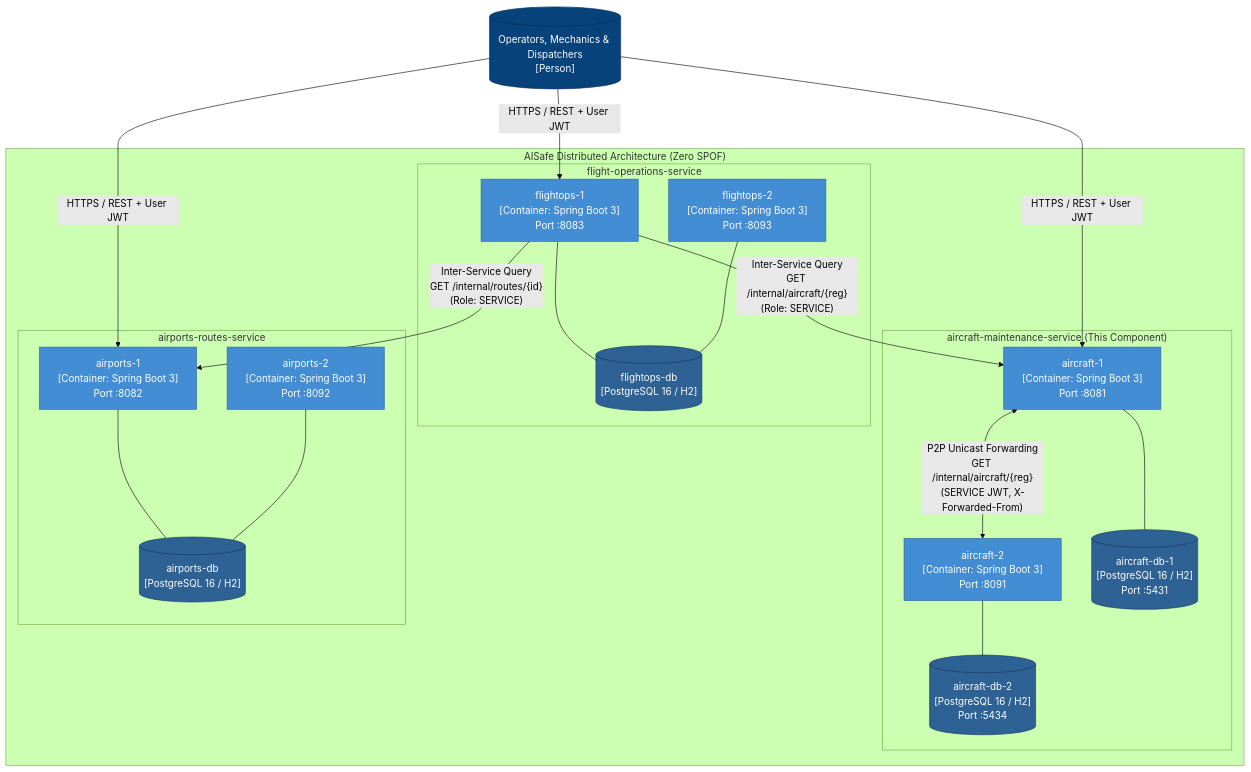
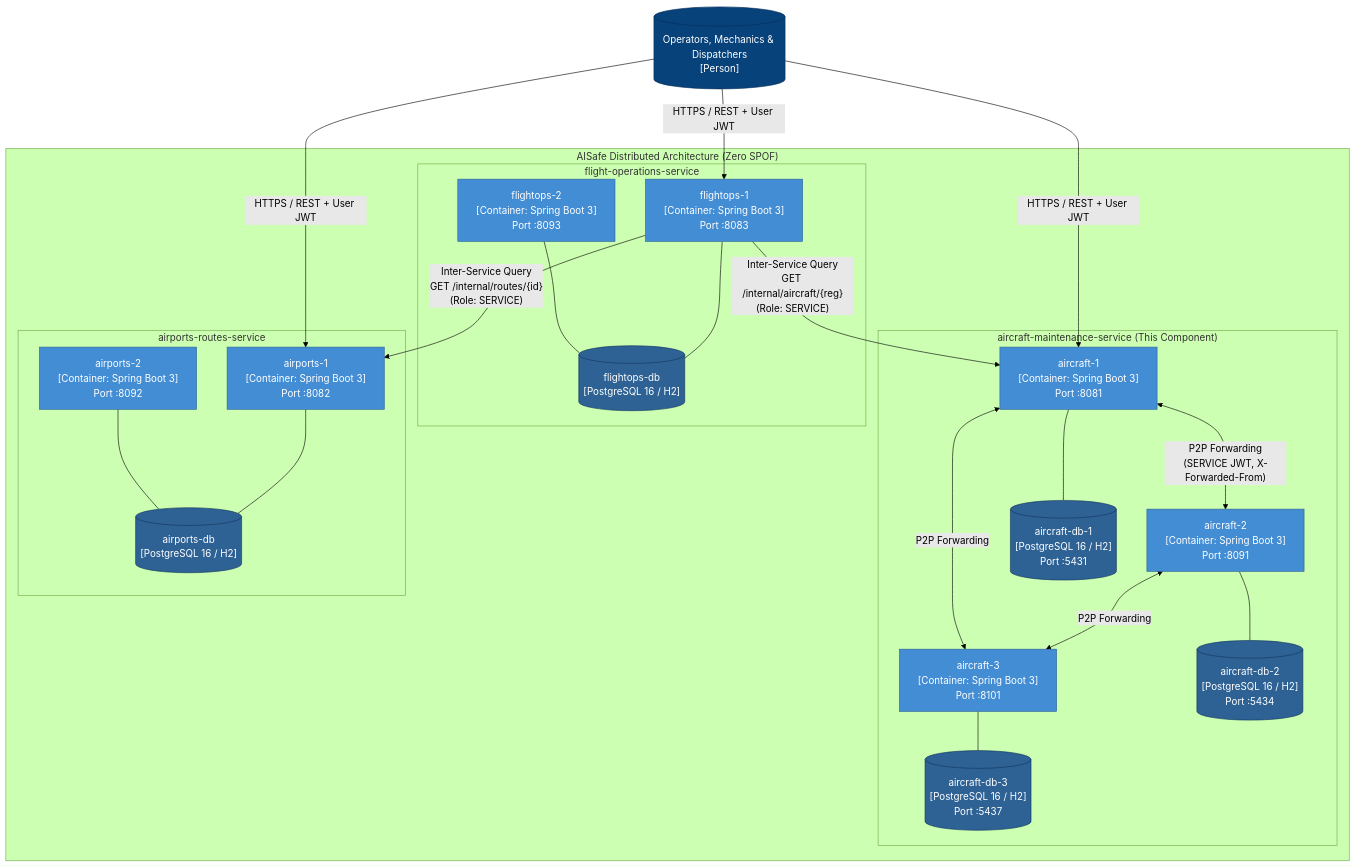
Before and after one commit to ImJay1527/aircraft-maintenance-service: the third of 7 diagrams in docs/C4-Model.md, drawn with Mermaid (forest theme). The commit also changed other lines of this file and 1 other file, not shown here.

Commit message:
docs: align C4 and Deployment diagrams with 3-node cluster and databases

````diff
--- a/docs/C4-Model.md
+++ b/docs/C4-Model.md
@@ -90,44 +93,49 @@
 ```mermaid
 %% C4 Level 2 - Container Diagram
 flowchart TB
     classDef person fill:#08427b,stroke:#052e56,color:#fff;
     classDef container fill:#438dd5,stroke:#2e6295,color:#fff;
     classDef db fill:#2e6295,stroke:#11365c,color:#fff,shape:cylinder;
 
     Users[("Operators, Mechanics & Dispatchers<br/>[Person]")]:::person
 
     subgraph AISafe["AISafe Distributed Architecture (Zero SPOF)"]
         subgraph AM_Cluster["aircraft-maintenance-service (This Component)"]
             am1["aircraft-1<br/>[Container: Spring Boot 3]<br/>Port :8081"]:::container
             am2["aircraft-2<br/>[Container: Spring Boot 3]<br/>Port :8091"]:::container
+            am3["aircraft-3<br/>[Container: Spring Boot 3]<br/>Port :8101"]:::container
             db_am1[("aircraft-db-1<br/>[PostgreSQL 16 / H2]<br/>Port :5431")]:::db
             db_am2[("aircraft-db-2<br/>[PostgreSQL 16 / H2]<br/>Port :5434")]:::db
+            db_am3[("aircraft-db-3<br/>[PostgreSQL 16 / H2]<br/>Port :5437")]:::db
             am1 --- db_am1
             am2 --- db_am2
-            am1 <-->|"P2P Unicast Forwarding<br/>GET /internal/aircraft/{reg}<br/>(SERVICE JWT, X-Forwarded-From)"| am2
+            am3 --- db_am3
+            am1 <-->|"P2P Forwarding<br/>(SERVICE JWT, X-Forwarded-From)"| am2
+            am2 <-->|"P2P Forwarding"| am3
+            am1 <-->|"P2P Forwarding"| am3
         end
 
         subgraph FO_Cluster["flight-operations-service"]
             fo1["flightops-1<br/>[Container: Spring Boot 3]<br/>Port :8083"]:::container
             fo2["flightops-2<br/>[Container: Spring Boot 3]<br/>Port :8093"]:::container
             db_fo[("flightops-db<br/>[PostgreSQL 16 / H2]")]:::db
             fo1 --- db_fo
             fo2 --- db_fo
         end
 
         subgraph AR_Cluster["airports-routes-service"]
             ar1["airports-1<br/>[Container: Spring Boot 3]<br/>Port :8082"]:::container
             ar2["airports-2<br/>[Container: Spring Boot 3]<br/>Port :8092"]:::container
             db_ar[("airports-db<br/>[PostgreSQL 16 / H2]")]:::db
             ar1 --- db_ar
             ar2 --- db_ar
         end
     end
 
     Users -->|"HTTPS / REST + User JWT"| am1
     Users -->|"HTTPS / REST + User JWT"| fo1
     Users -->|"HTTPS / REST + User JWT"| ar1
 
     fo1 -->|"Inter-Service Query<br/>GET /internal/aircraft/{reg}<br/>(Role: SERVICE)"| am1
     fo1 -->|"Inter-Service Query<br/>GET /internal/routes/{id}<br/>(Role: SERVICE)"| ar1
 ```
````
